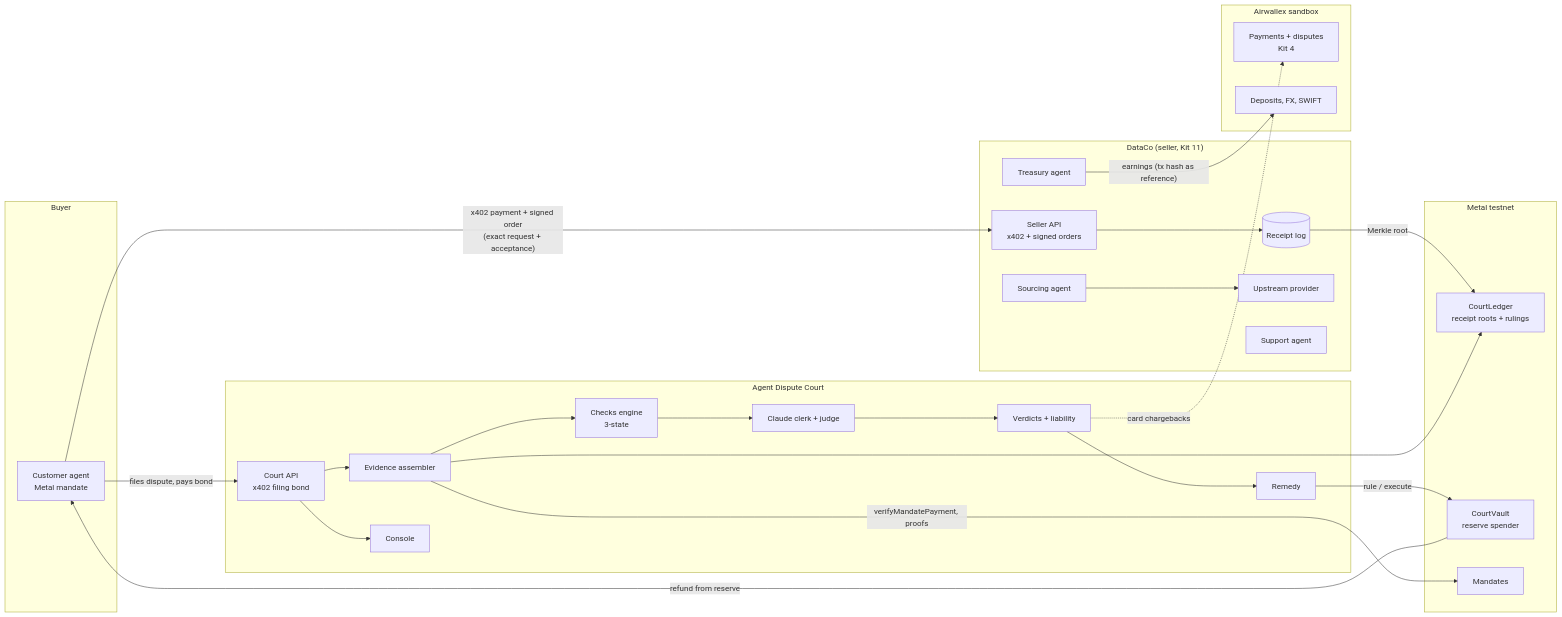
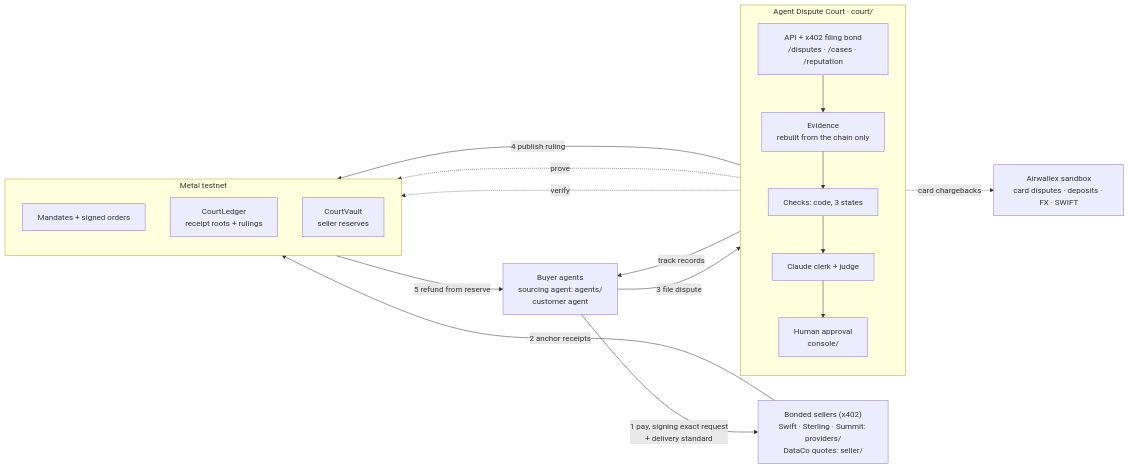
One commit to calledAdo/agent-dispute-court changed the third of 3 diagrams in README.md. Above: the diagram before and after it, drawn with Mermaid. The commit also changed other lines of this file and 1 other file, not shown here.

First line of the commit message:
README v0: one product, buyer protection for agent payments

````diff
--- a/README.md
+++ b/README.md
@@ -47,45 +194,31 @@
 ```mermaid
 flowchart LR
-  subgraph Buyer
-    CA[Customer agent<br/>Metal mandate]
-  end
-  subgraph DataCo["DataCo (seller, Kit 11)"]
-    S[Seller API<br/>x402 + signed orders]
-    R[(Receipt log)]
-    SRC[Sourcing agent] --> UP[Upstream provider]
-    SUP[Support agent]
-    TRE[Treasury agent]
-  end
-  subgraph Court["Agent Dispute Court"]
-    API[Court API<br/>x402 filing bond]
-    EV[Evidence assembler]
-    CK[Checks engine<br/>3-state]
-    J[Claude clerk + judge]
-    V[Verdicts + liability]
-    RM[Remedy]
-    UI[Console]
+  B["Buyer agents<br/>sourcing agent: agents/<br/>customer agent"]
+  S["Bonded sellers (x402)<br/>Swift · Sterling · Summit: providers/<br/>DataCo quotes: seller/"]
+  subgraph Court["Agent Dispute Court · court/"]
+    direction TB
+    API["API + x402 filing bond<br/>/disputes · /cases · /reputation"]
+    EV["Evidence<br/>rebuilt from the chain only"]
+    CK["Checks: code, 3 states"]
+    J["Claude clerk + judge"]
+    H["Human approval<br/>console/"]
+    API --> EV --> CK --> J --> H
   end
   subgraph Metal["Metal testnet"]
-    L[CourtLedger<br/>receipt roots + rulings]
-    VA[CourtVault<br/>reserve spender]
-    M[Mandates]
+    direction TB
+    M["Mandates + signed orders"]
+    L["CourtLedger<br/>receipt roots + rulings"]
+    VA["CourtVault<br/>seller reserves"]
   end
-  subgraph AWX["Airwallex sandbox"]
-    PA[Payments + disputes<br/>Kit 4]
-    TX[Deposits, FX, SWIFT]
-  end
+  AWX["Airwallex sandbox<br/>card disputes · deposits · FX · SWIFT"]
 
-  CA -- "x402 payment + signed order<br/>(exact request + acceptance)" --> S
-  S --> R
-  R -- "Merkle root" --> L
-  CA -- "files dispute, pays bond" --> API
-  API --> EV
-  EV -- "verifyMandatePayment, proofs" --> M
-  EV --> L
-  EV --> CK --> J --> V --> RM
-  RM -- "rule / execute" --> VA
-  VA -- "refund from reserve" --> CA
-  API --> UI
-  V -. "card chargebacks" .-> PA
-  TRE -- "earnings (tx hash as reference)" --> TX
+  B -- "1 pay, signing exact request<br/>+ delivery standard" --> S
+  S -- "2 anchor receipts" --> L
+  B -- "3 file dispute" --> API
+  EV -. "verify" .-> M
+  EV -. "prove" .-> L
+  Court -- "4 publish ruling" --> VA
+  VA -- "5 refund from reserve" --> B
+  API -- "track records" --> B
+  Court -. "card chargebacks" .-> AWX
 ```
````
